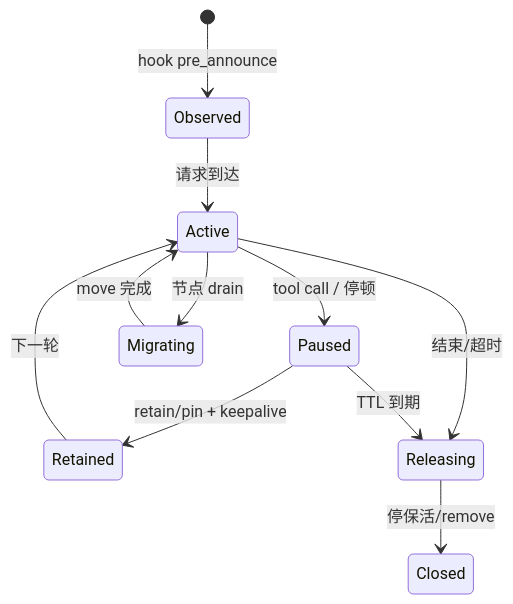
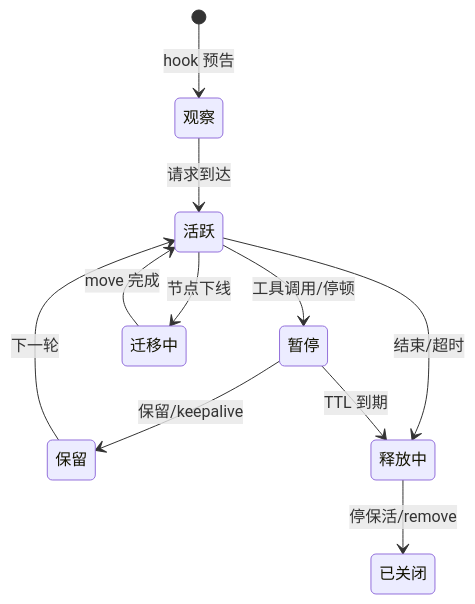
The sixth of 7 diagrams in kvcm/design/D8-joint-scheduling.md (5x8-40/lake), drawn with Mermaid before and after one commit. The commit also changed other lines of this file and 4 other files, not shown here.

````diff
--- a/kvcm/design/D8-joint-scheduling.md
+++ b/kvcm/design/D8-joint-scheduling.md
@@ -380,13 +352,13 @@
 ```mermaid
 stateDiagram-v2
-    [*] --> Observed: hook pre_announce
-    Observed --> Active: 请求到达
-    Active --> Paused: tool call / 停顿
-    Paused --> Retained: retain/pin + keepalive
-    Retained --> Active: 下一轮
-    Active --> Releasing: 结束/超时
-    Paused --> Releasing: TTL 到期
-    Releasing --> Closed: 停保活/remove
-    Active --> Migrating: 节点 drain
-    Migrating --> Active: move 完成
+    [*] --> 观察: hook 预告
+    观察 --> 活跃: 请求到达
+    活跃 --> 暂停: 工具调用/停顿
+    暂停 --> 保留: 保留/keepalive
+    保留 --> 活跃: 下一轮
+    活跃 --> 释放中: 结束/超时
+    暂停 --> 释放中: TTL 到期
+    释放中 --> 已关闭: 停保活/remove
+    活跃 --> 迁移中: 节点下线
+    迁移中 --> 活跃: move 完成
 ```
````
